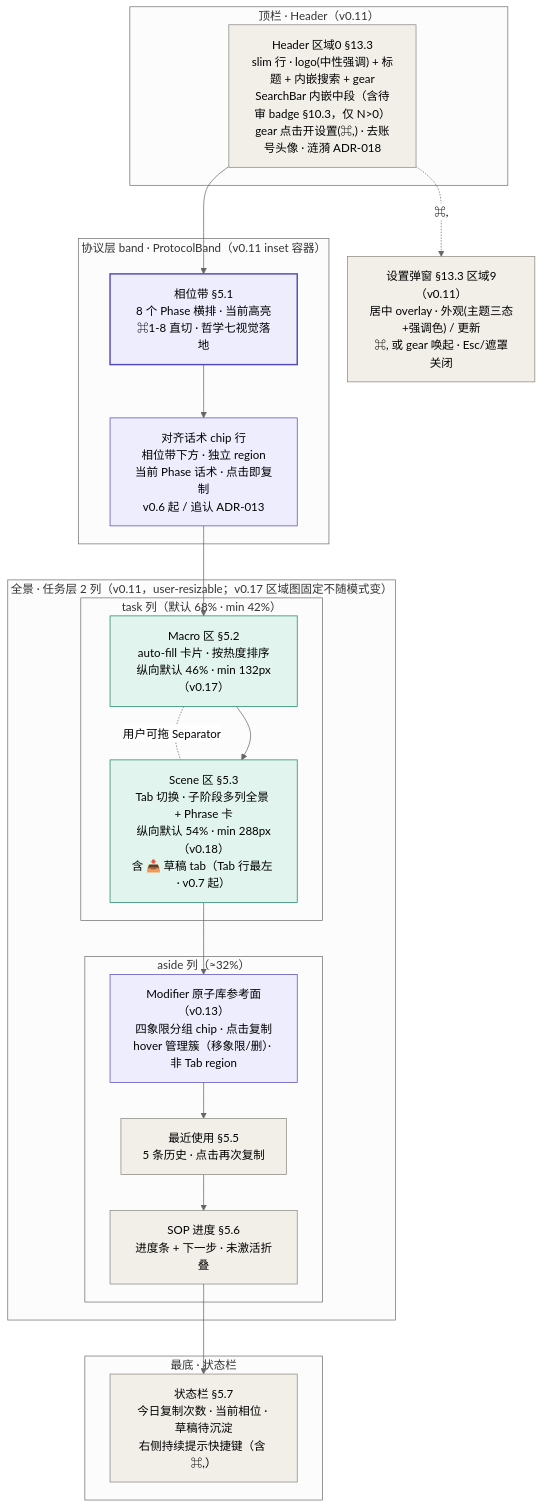
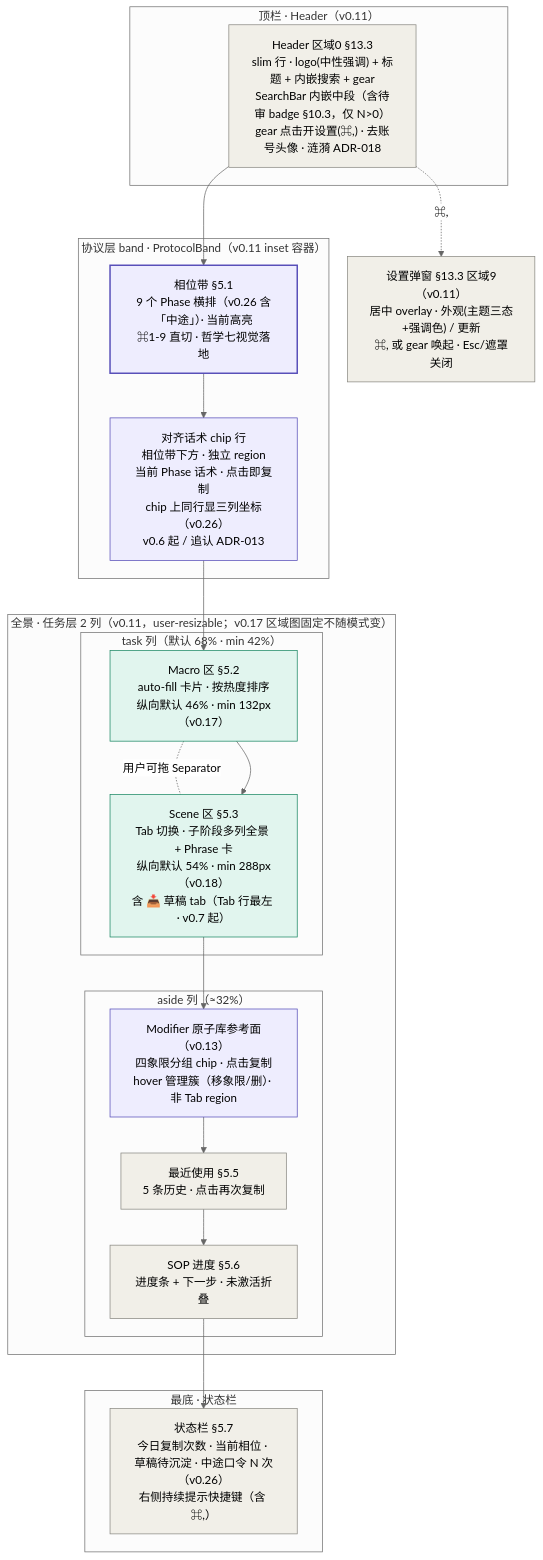
The fourth of 4 diagrams in docs/design/03-product-spec.md (HuiW86/prompt-hub), drawn with Mermaid (neutral theme) before and after one commit. The commit also changed other lines of this file and 6 other files, not shown here.

````diff
--- a/docs/design/03-product-spec.md
+++ b/docs/design/03-product-spec.md
@@ -602,51 +602,51 @@
 ```mermaid
 graph TD
     subgraph 顶栏["顶栏 · Header（v0.11）"]
         H["Header 区域0 §13.3<br/>slim 行 · logo(中性强调) + 标题 + 内嵌搜索 + gear<br/>SearchBar 内嵌中段（含待审 badge §10.3，仅 N>0）<br/>gear 点击开设置(⌘,) · 去账号头像 · 涟漪 ADR-018"]
     end
 
     subgraph 协议带["协议层 band · ProtocolBand（v0.11 inset 容器）"]
-        P["相位带 §5.1<br/>8 个 Phase 横排 · 当前高亮<br/>⌘1-8 直切 · 哲学七视觉落地"]
-        AP["对齐话术 chip 行<br/>相位带下方 · 独立 region<br/>当前 Phase 话术 · 点击即复制<br/>v0.6 起 / 追认 ADR-013"]
+        P["相位带 §5.1<br/>9 个 Phase 横排（v0.26 含「中途」）· 当前高亮<br/>⌘1-9 直切 · 哲学七视觉落地"]
+        AP["对齐话术 chip 行<br/>相位带下方 · 独立 region<br/>当前 Phase 话术 · 点击即复制<br/>chip 上同行显三列坐标（v0.26）<br/>v0.6 起 / 追认 ADR-013"]
     end
 
     subgraph 全景["全景 · 任务层 2 列（v0.11，user-resizable；v0.17 区域图固定不随模式变）"]
         subgraph 任务列["task 列（默认 68% · min 42%）"]
             M["Macro 区 §5.2<br/>auto-fill 卡片 · 按热度排序<br/>纵向默认 46% · min 132px（v0.17）"]
             SC["Scene 区 §5.3<br/>Tab 切换 · 子阶段多列全景 + Phrase 卡<br/>纵向默认 54% · min 288px（v0.18）<br/>含 📥 草稿 tab（Tab 行最左 · v0.7 起）"]
             M -.用户可拖 Separator.- SC
         end
         subgraph 辅列["aside 列（≈32%）"]
             MOD["Modifier 原子库参考面（v0.13）<br/>四象限分组 chip · 点击复制<br/>hover 管理簇（移象限/删）· 非 Tab region"]
             R["最近使用 §5.5<br/>5 条历史 · 点击再次复制"]
             SOP["SOP 进度 §5.6<br/>进度条 + 下一步 · 未激活折叠"]
         end
     end
 
     subgraph 最底["最底 · 状态栏"]
-        ST["状态栏 §5.7<br/>今日复制次数 · 当前相位 · 草稿待沉淀<br/>右侧持续提示快捷键（含 ⌘,）"]
+        ST["状态栏 §5.7<br/>今日复制次数 · 当前相位 · 草稿待沉淀 · 中途口令 N 次（v0.26）<br/>右侧持续提示快捷键（含 ⌘,）"]
     end
 
     SET["设置弹窗 §13.3 区域9（v0.11）<br/>居中 overlay · 外观(主题三态+强调色) / 更新<br/>⌘, 或 gear 唤起 · Esc/遮罩关闭"]
 
     H --> P
     P --> AP
     AP --> M
     M --> SC
     SC --> MOD
     MOD --> R
     R --> SOP
     SOP --> ST
     H -.⌘,.-> SET
 
     style H fill:#F1EFE8,stroke:#888780,stroke-width:1px
     style P fill:#EEEDFE,stroke:#534AB7,stroke-width:2px
     style AP fill:#EEEDFE,stroke:#534AB7,stroke-width:1px
     style M fill:#E1F5EE,stroke:#178561,stroke-width:1px
     style SC fill:#E1F5EE,stroke:#178561,stroke-width:1px
     style MOD fill:#EEEDFE,stroke:#534AB7,stroke-width:1px
     style R fill:#F1EFE8,stroke:#888780,stroke-width:1px
     style SOP fill:#F1EFE8,stroke:#888780,stroke-width:1px
     style ST fill:#F1EFE8,stroke:#888780,stroke-width:1px
     style SET fill:#F1EFE8,stroke:#888780,stroke-width:1px
 ```
````
